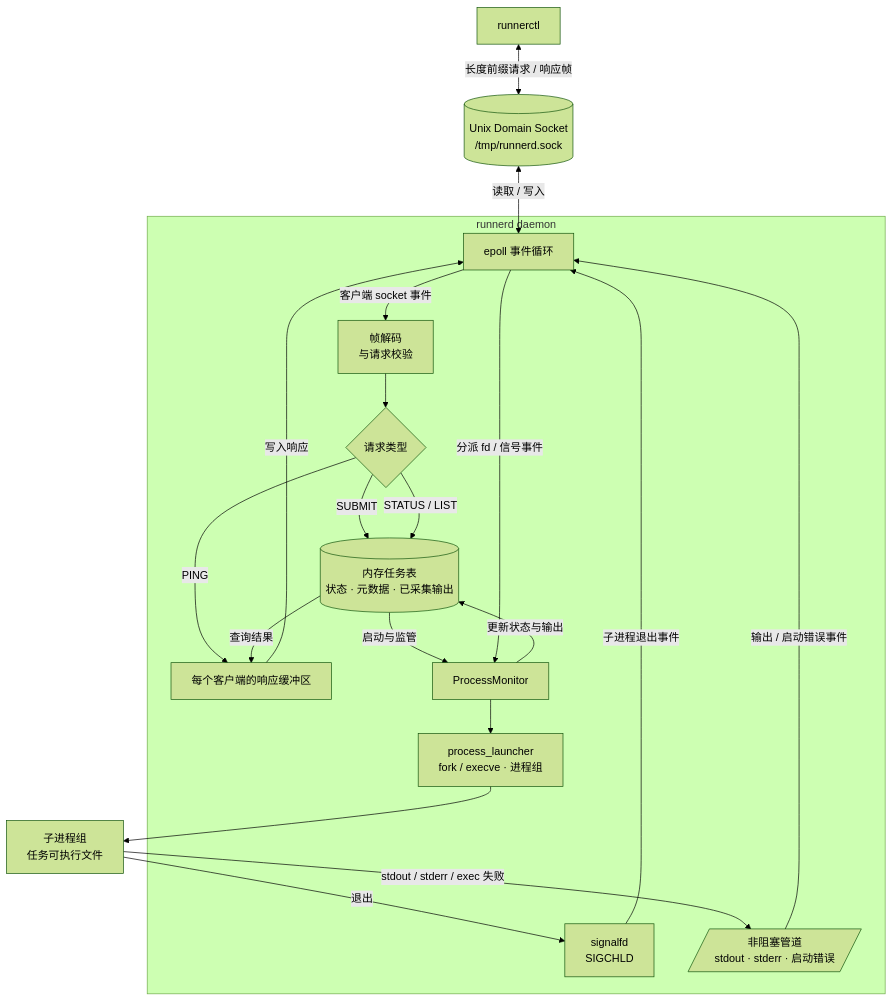
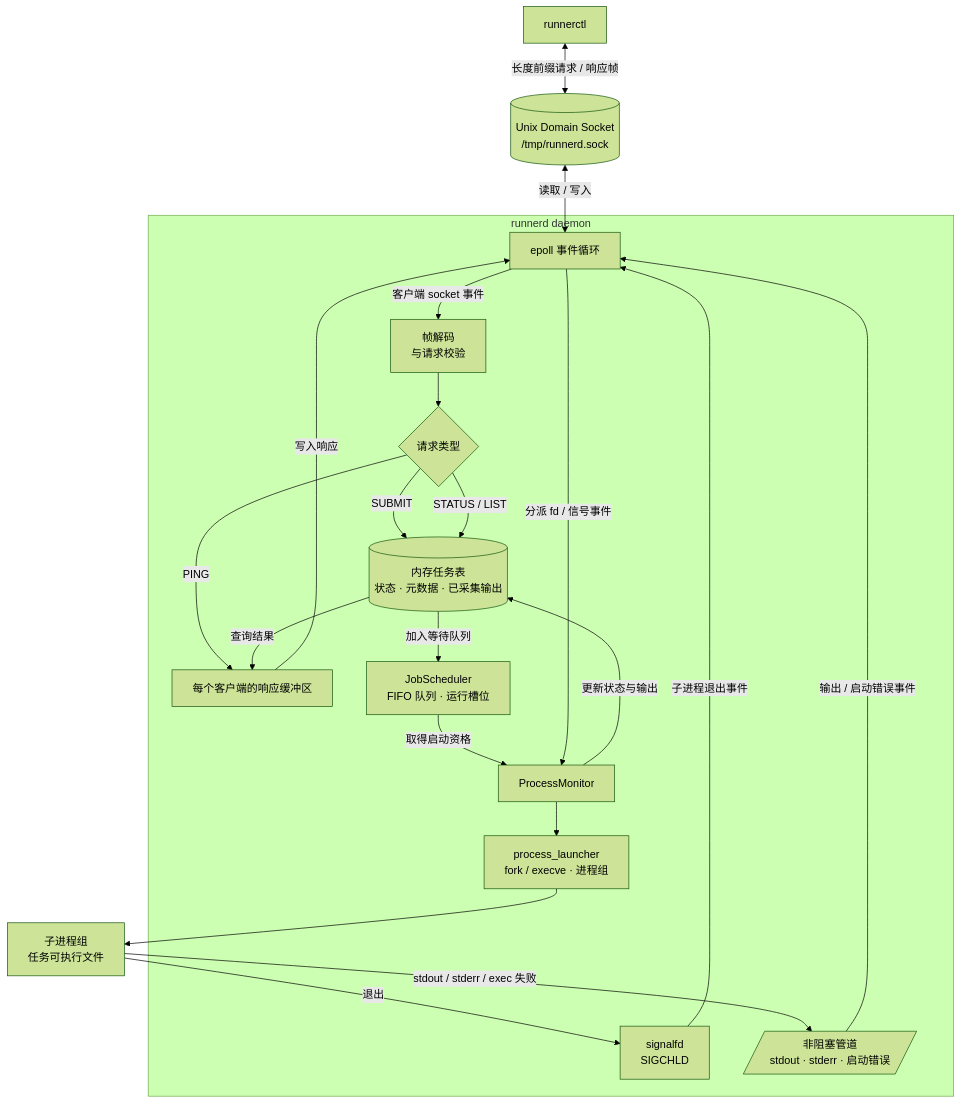
One commit to qxf-72/runnerd changed the diagram in README.md. Above: the diagram before and after it, drawn with Mermaid (forest theme). The commit also changed other lines of this file and 6 other files, not shown here.

````diff
--- a/README.md
+++ b/README.md
@@ -106,36 +109,38 @@
 ```mermaid
 flowchart TB
     CLI["runnerctl"]
     Socket[("Unix Domain Socket<br/>/tmp/runnerd.sock")]
     CLI <-->|"长度前缀请求 / 响应帧"| Socket
 
     subgraph Daemon["runnerd daemon"]
         Loop["epoll 事件循环"]
         Decode["帧解码<br/>与请求校验"]
         Route{"请求类型"}
         Reply["每个客户端的响应缓冲区"]
         Jobs[("内存任务表<br/>状态 · 元数据 · 已采集输出")]
+        Scheduler["JobScheduler<br/>FIFO 队列 · 运行槽位"]
         Monitor["ProcessMonitor"]
         Launcher["process_launcher<br/>fork / execve · 进程组"]
         Signal["signalfd<br/>SIGCHLD"]
         Pipes[/"非阻塞管道<br/>stdout · stderr · 启动错误"/]
 
         Loop -->|"客户端 socket 事件"| Decode --> Route
         Route -->|"PING"| Reply
         Route -->|"SUBMIT"| Jobs
         Route -->|"STATUS / LIST"| Jobs
         Jobs -->|"查询结果"| Reply
         Reply -->|"写入响应"| Loop
 
-        Jobs -->|"启动与监管"| Monitor --> Launcher
+        Jobs -->|"加入等待队列"| Scheduler
+        Scheduler -->|"取得启动资格"| Monitor --> Launcher
         Pipes -->|"输出 / 启动错误事件"| Loop
         Signal -->|"子进程退出事件"| Loop
         Loop -->|"分派 fd / 信号事件"| Monitor
         Monitor -->|"更新状态与输出"| Jobs
     end
 
     Socket <-->|"读取 / 写入"| Loop
     Launcher --> Child["子进程组<br/>任务可执行文件"]
     Child -->|"stdout / stderr / exec 失败"| Pipes
     Child -->|"退出"| Signal
 ```
````
